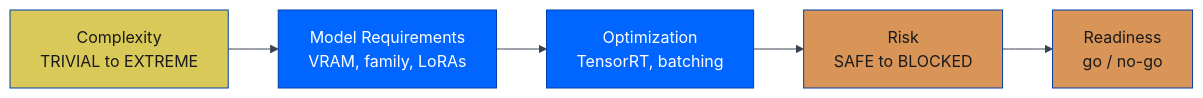
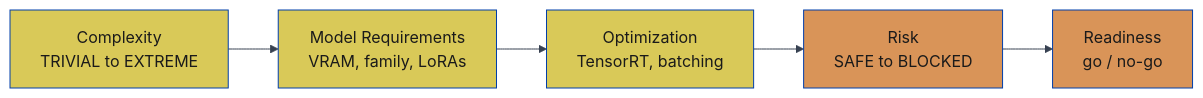
Diagram 18 of 27 in README.md (JosephOIbrahim/Comfy-Cozy), drawn with Mermaid before and after one commit. The commit also changed other lines of this file, not shown here.

First line of the commit message:
[DOCS] Normalize mermaid palette: force two-tone orange/yellow with black text

````diff
--- a/README.md
+++ b/README.md
@@ -834,12 +903,14 @@
 ```mermaid
 %%{init: {'theme':'base','themeVariables': {'primaryColor':'#0066FF','primaryTextColor':'#ffffff','primaryBorderColor':'#003eaa','lineColor':'#374151','secondaryColor':'#374151','tertiaryColor':'#1f2937','fontFamily':'monospace'}}}%%
 graph LR
     C[Complexity<br/>TRIVIAL to EXTREME] --> M[Model Requirements<br/>VRAM, family, LoRAs]
     M --> O[Optimization<br/>TensorRT, batching]
     O --> R[Risk<br/>SAFE to BLOCKED]
     R --> RD[Readiness<br/>go / no-go]
 
     style C fill:#d9c958,color:#1a1a1a
     style R fill:#d99458,color:#1a1a1a
     style RD fill:#d99458,color:#1a1a1a
+    style M fill:#d9c958,color:#1a1a1a
+    style O fill:#d9c958,color:#1a1a1a
 ```
````
